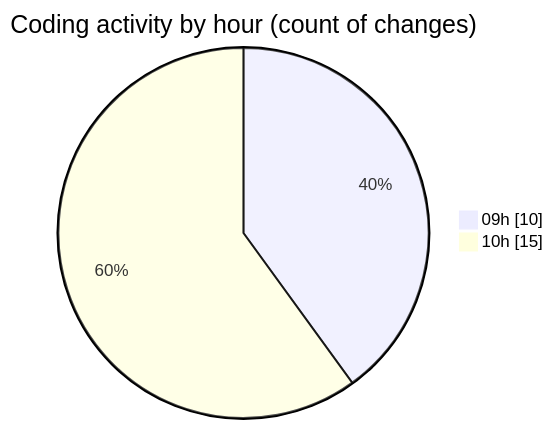
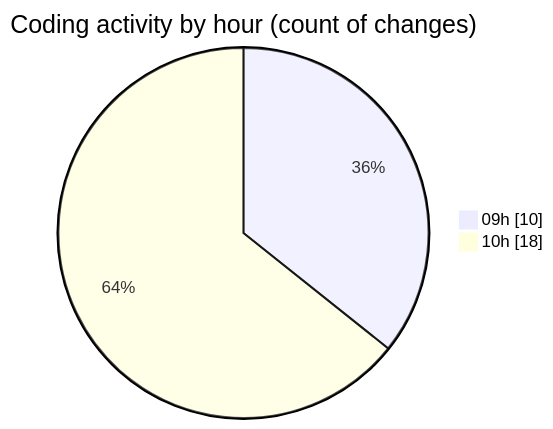
One commit to nxtqubesakshisongat/code-tracking changed the second of 2 diagrams in 2026-04-06/airfeed-analytics-dashboard/README.md. Above: the diagram before and after it, drawn with Mermaid. The commit also changed other lines of this file and 1 other file, not shown here.

````diff
--- a/2026-04-06/airfeed-analytics-dashboard/README.md
+++ b/2026-04-06/airfeed-analytics-dashboard/README.md
@@ -38,6 +38,6 @@
 ```mermaid
 pie showData
 title Coding activity by hour (count of changes)
 "09h" : 10
-"10h" : 15
+"10h" : 18
 ```
````
